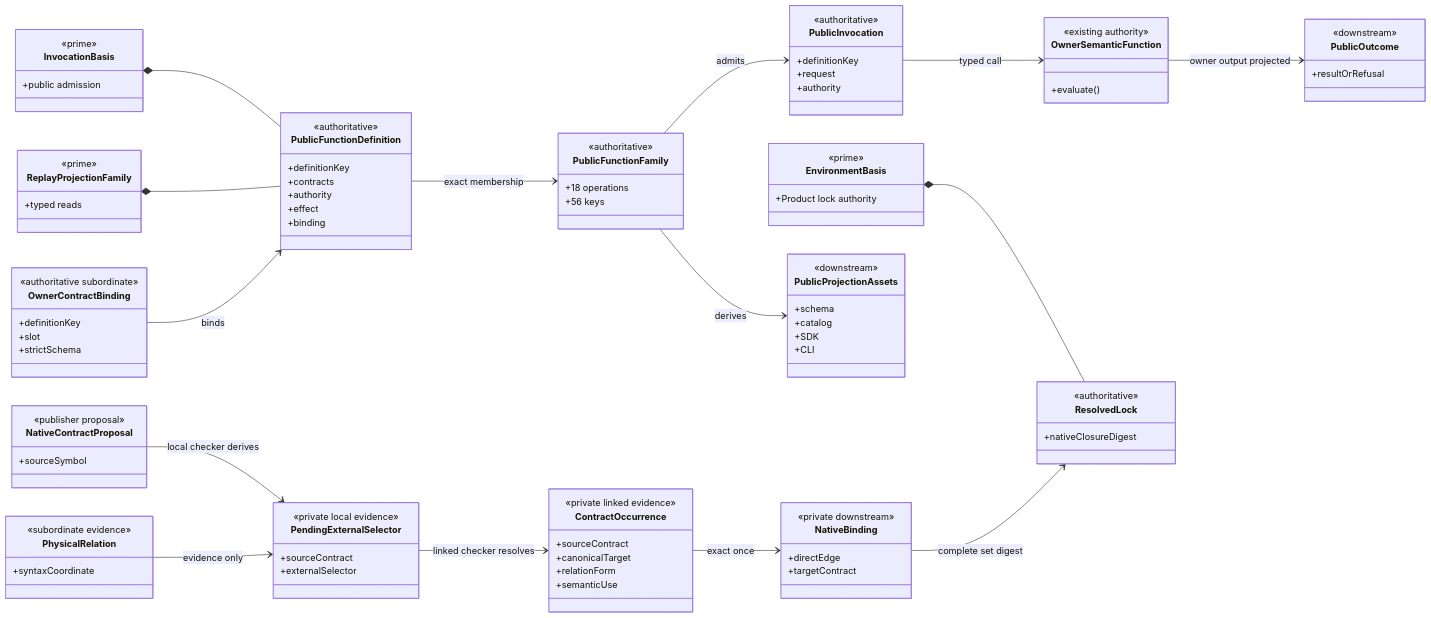
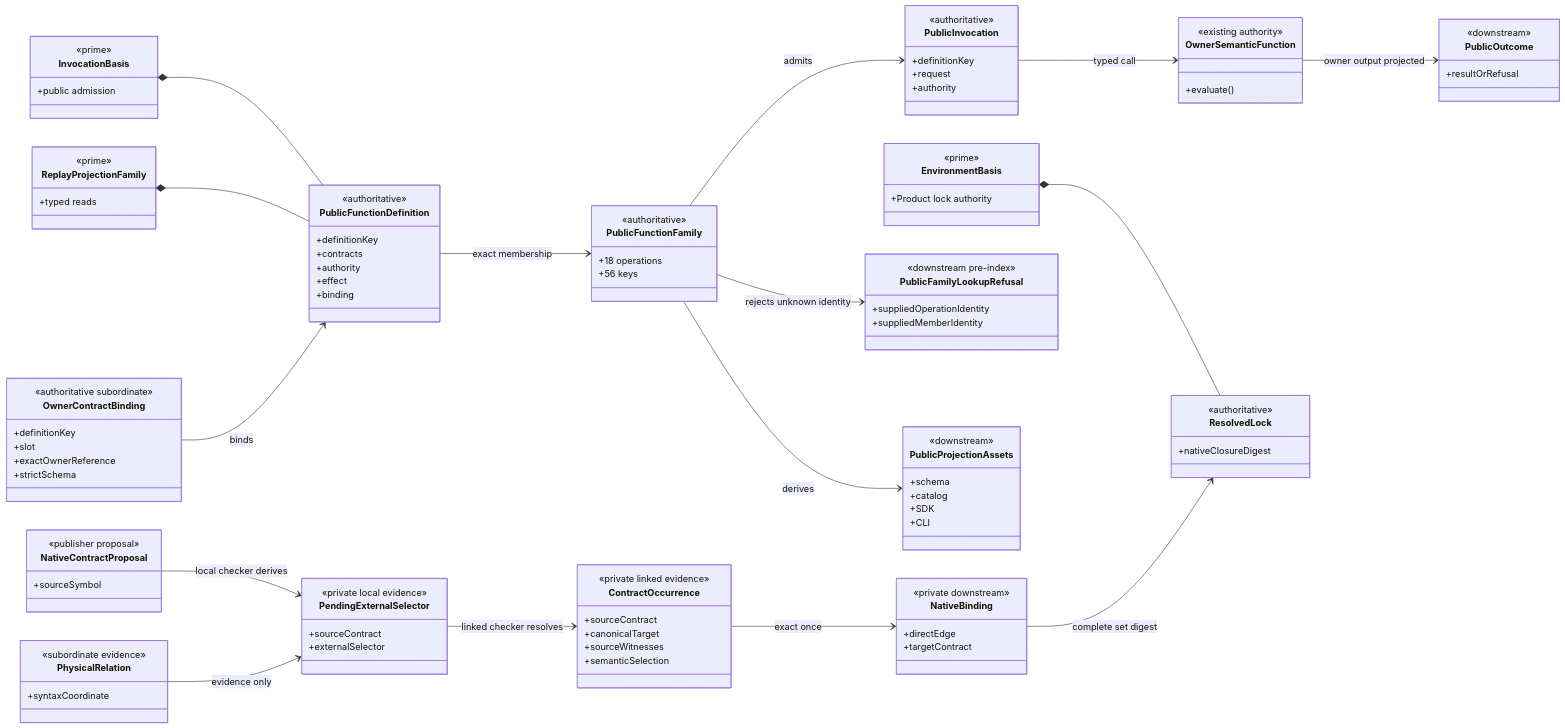
The first of 3 diagrams in build_tenants/abiogenesis/typescript/design/M05_S06_PUBLIC_FUNCTION_AND_NATIVE_OCCURRENCE_CLOSURE_DESIGN.md (foolishimp/abiogenesis), drawn with Mermaid before and after one commit. The commit also changed other lines of this file, not shown here.

Commit message:
design(s06): contract public and native closure repair

```diff
--- a/build_tenants/abiogenesis/typescript/design/M05_S06_PUBLIC_FUNCTION_AND_NATIVE_OCCURRENCE_CLOSURE_DESIGN.md
+++ b/build_tenants/abiogenesis/typescript/design/M05_S06_PUBLIC_FUNCTION_AND_NATIVE_OCCURRENCE_CLOSURE_DESIGN.md
@@ -1811,6 +2118,7 @@
     <<authoritative subordinate>>
     +definitionKey
     +slot
+    +exactOwnerReference
     +strictSchema
   }
   class PublicFunctionDefinition {
@@ -1831,6 +2139,11 @@
     +definitionKey
     +request
     +authority
+  }
+  class PublicFamilyLookupRefusal {
+    <<downstream pre-index>>
+    +suppliedOperationIdentity
+    +suppliedMemberIdentity
   }
   class OwnerSemanticFunction {
     <<existing authority>>
@@ -1864,8 +2177,8 @@
     <<private linked evidence>>
     +sourceContract
     +canonicalTarget
-    +relationForm
-    +semanticUse
+    +sourceWitnesses
+    +semanticSelection
   }
   class NativeBinding {
     <<private downstream>>
@@ -1882,6 +2195,7 @@
   OwnerContractBinding --> PublicFunctionDefinition : binds
   PublicFunctionDefinition --> PublicFunctionFamily : exact membership
   PublicFunctionFamily --> PublicProjectionAssets : derives
+  PublicFunctionFamily --> PublicFamilyLookupRefusal : rejects unknown identity
   PublicFunctionFamily --> PublicInvocation : admits
   PublicInvocation --> OwnerSemanticFunction : typed call
   OwnerSemanticFunction --> PublicOutcome : owner output projected
```
